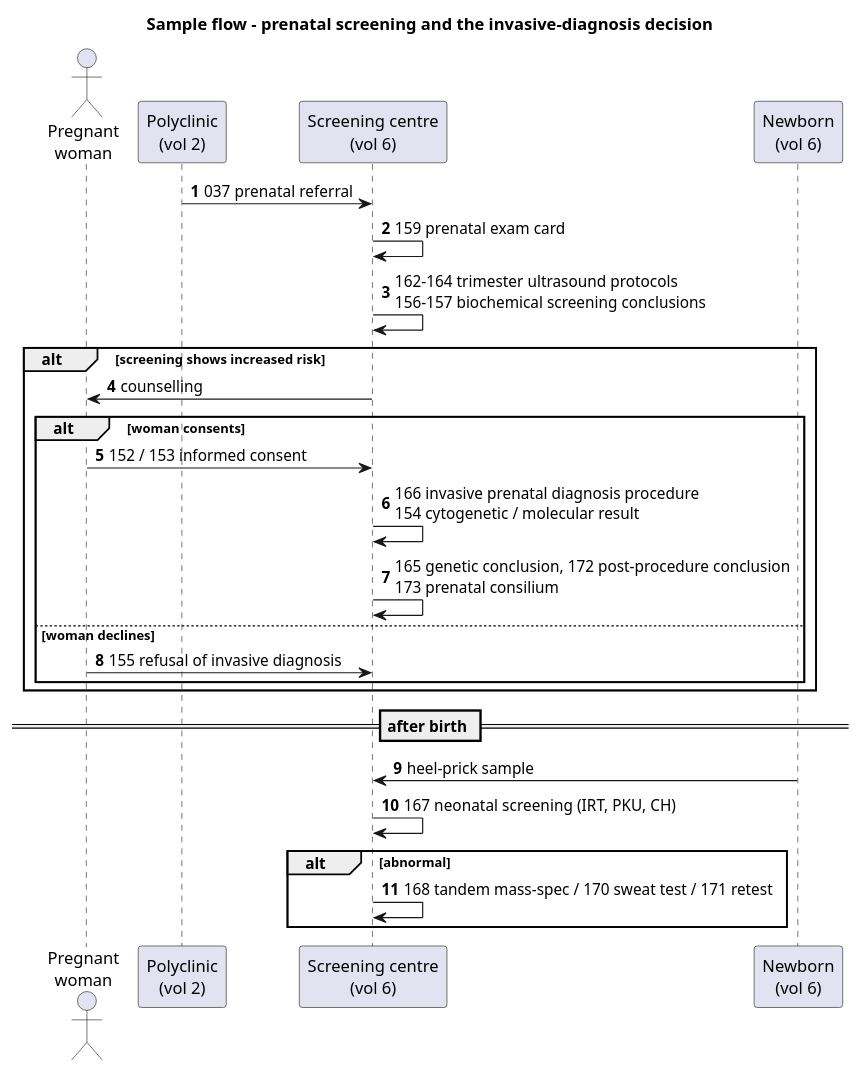
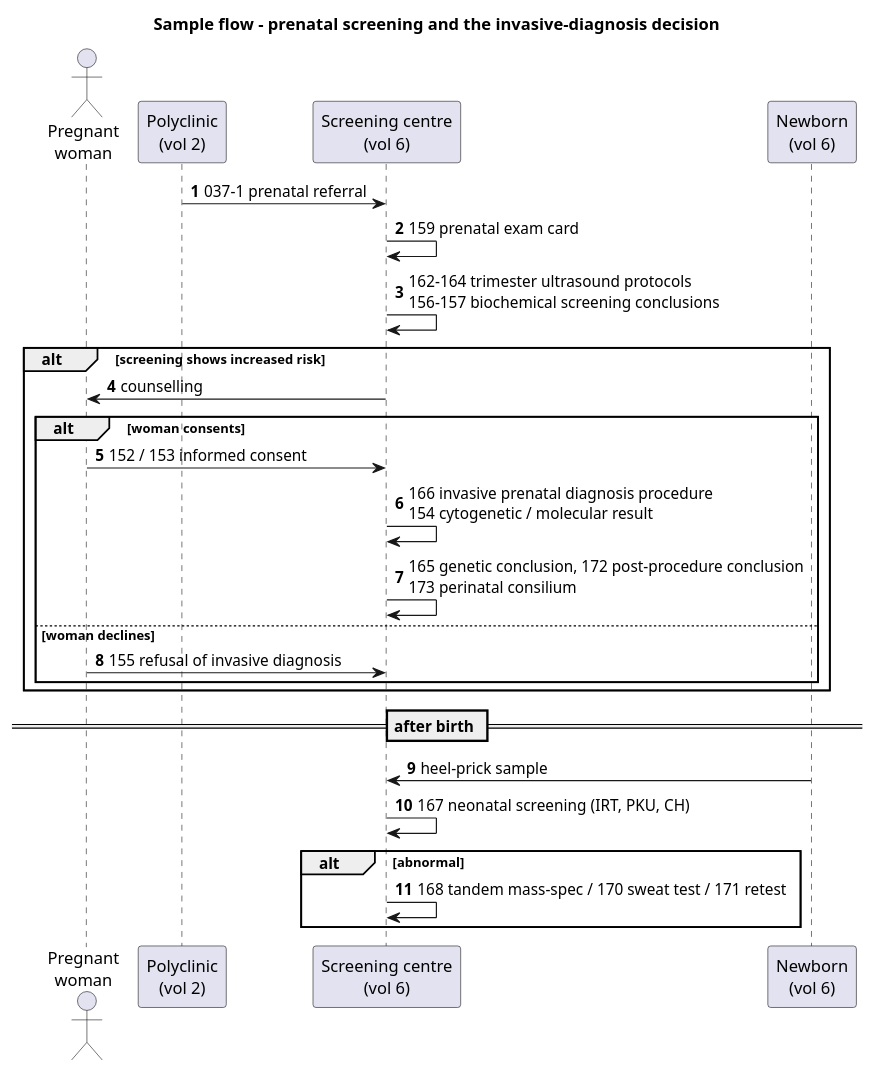
The diagram in input/images-source/forms-vol06-flow.plantuml (uzinfocom-org/digital-health-integration), drawn with PlantUML before and after one commit. The commit also changed 17 other files, not shown here.

```diff
--- a/input/images-source/forms-vol06-flow.plantuml
+++ b/input/images-source/forms-vol06-flow.plantuml
@@ -1,31 +1,31 @@
 @startuml forms-vol06-flow
 title Sample flow - prenatal screening and the invasive-diagnosis decision
 autonumber
 
 actor "Pregnant\nwoman" as W
 participant "Polyclinic\n(vol 2)" as PC
 participant "Screening centre\n(vol 6)" as SC
 participant "Newborn\n(vol 6)" as NB
 
-PC -> SC : 037 prenatal referral
+PC -> SC : 037-1 prenatal referral
 SC -> SC : 159 prenatal exam card
 SC -> SC : 162-164 trimester ultrasound protocols\n156-157 biochemical screening conclusions
 
 alt screening shows increased risk
   SC -> W : counselling
   alt woman consents
     W -> SC : 152 / 153 informed consent
     SC -> SC : 166 invasive prenatal diagnosis procedure\n154 cytogenetic / molecular result
-    SC -> SC : 165 genetic conclusion, 172 post-procedure conclusion\n173 prenatal consilium
+    SC -> SC : 165 genetic conclusion, 172 post-procedure conclusion\n173 perinatal consilium
   else woman declines
     W -> SC : 155 refusal of invasive diagnosis
   end
 end
 
 == after birth ==
 NB -> SC : heel-prick sample
 SC -> SC : 167 neonatal screening (IRT, PKU, CH)
 alt abnormal
   SC -> SC : 168 tandem mass-spec / 170 sweat test / 171 retest
 end
 @enduml
```
